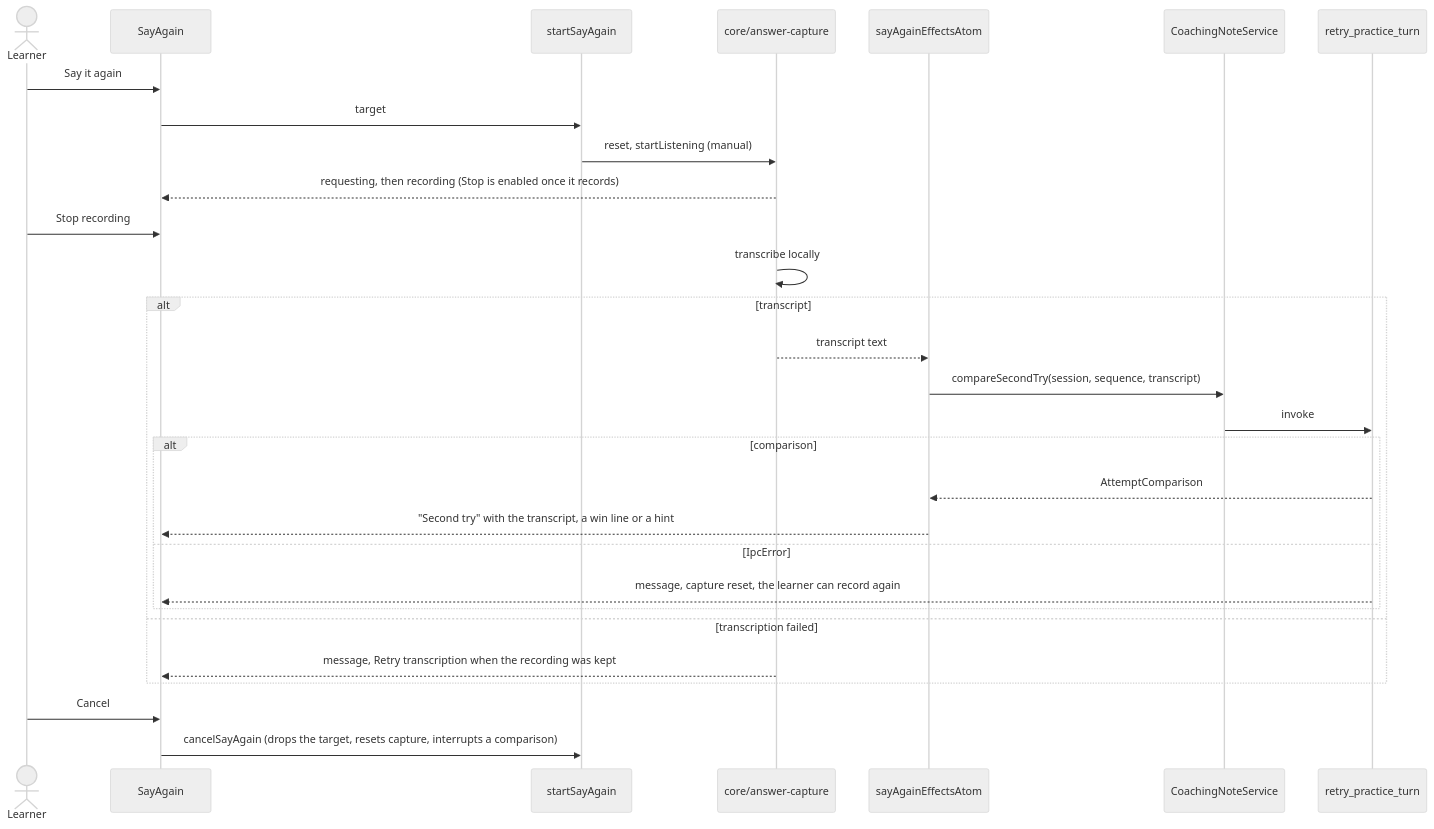
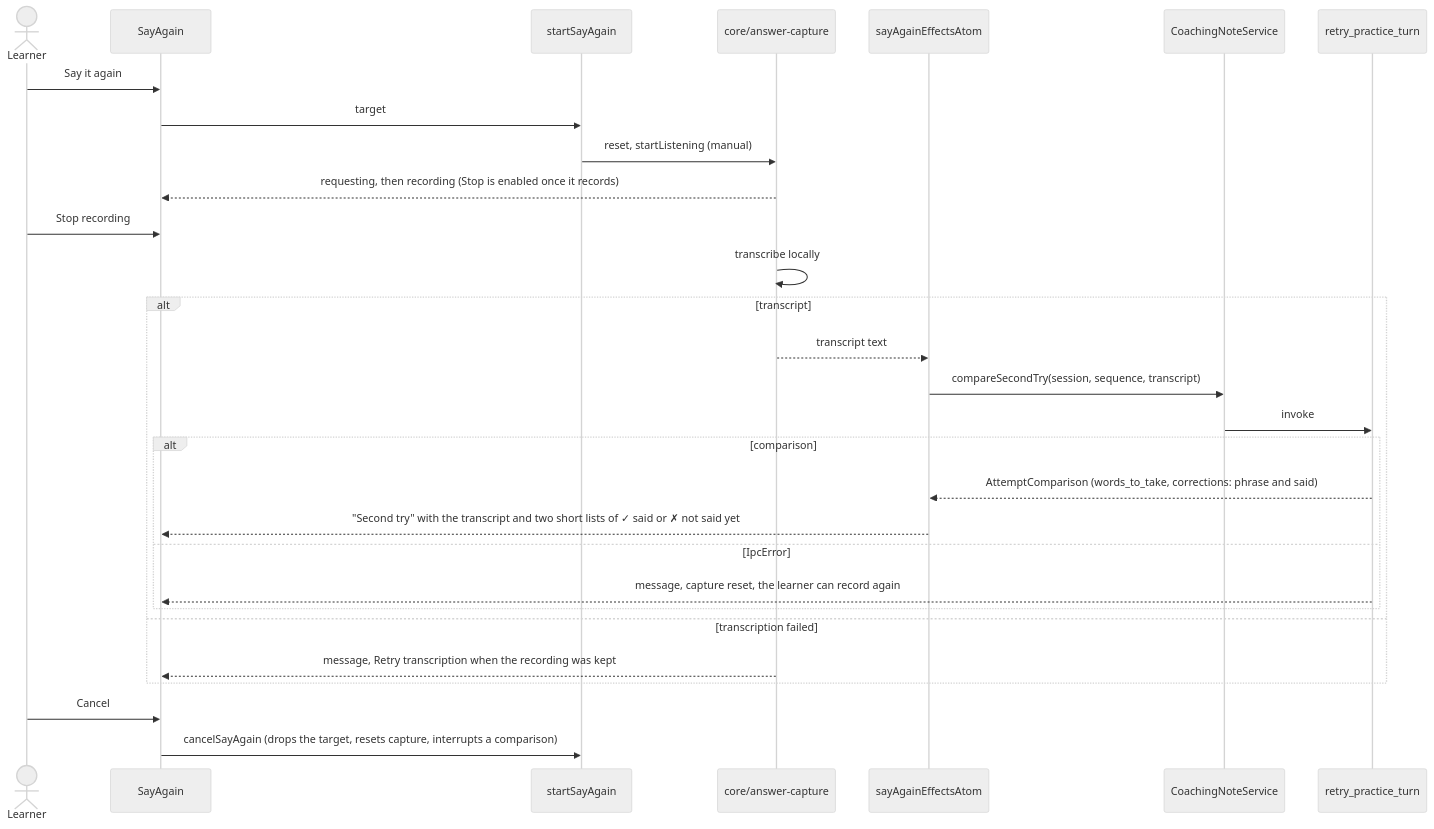
One commit to oleksii-latyshev/english-trainer changed the fourth of 4 diagrams in src/features/coaching-note/flow.md. Above: the diagram before and after it, drawn with Mermaid (neutral theme). The commit also changed other lines of this file and 19 other files, not shown here.

````diff
--- a/src/features/coaching-note/flow.md
+++ b/src/features/coaching-note/flow.md
@@ -102,32 +102,32 @@
 ```mermaid
 sequenceDiagram
     actor Learner
     participant UI as SayAgain
     participant Controls as startSayAgain
     participant Capture as core/answer-capture
     participant Effects as sayAgainEffectsAtom
     participant Service as CoachingNoteService
     participant Rust as retry_practice_turn
 
     Learner->>UI: Say it again
     UI->>Controls: target
     Controls->>Capture: reset, startListening (manual)
     Capture-->>UI: requesting, then recording (Stop is enabled once it records)
     Learner->>UI: Stop recording
     Capture->>Capture: transcribe locally
     alt transcript
         Capture-->>Effects: transcript text
         Effects->>Service: compareSecondTry(session, sequence, transcript)
         Service->>Rust: invoke
         alt comparison
-            Rust-->>Effects: AttemptComparison
-            Effects-->>UI: "Second try" with the transcript, a win line or a hint
+            Rust-->>Effects: AttemptComparison (words_to_take, corrections: phrase and said)
+            Effects-->>UI: "Second try" with the transcript and two short lists of ✓ said or ✗ not said yet
         else IpcError
             Rust-->>UI: message, capture reset, the learner can record again
         end
     else transcription failed
         Capture-->>UI: message, Retry transcription when the recording was kept
     end
     Learner->>UI: Cancel
     UI->>Controls: cancelSayAgain (drops the target, resets capture, interrupts a comparison)
 ```
````
